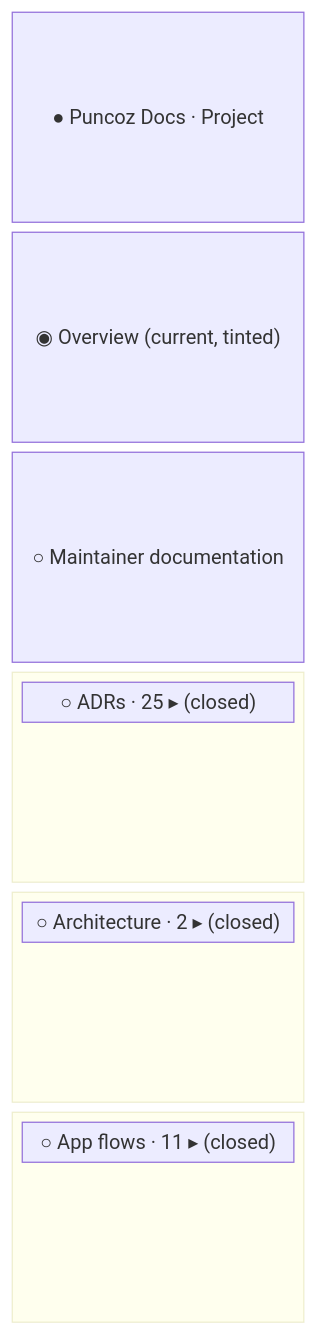
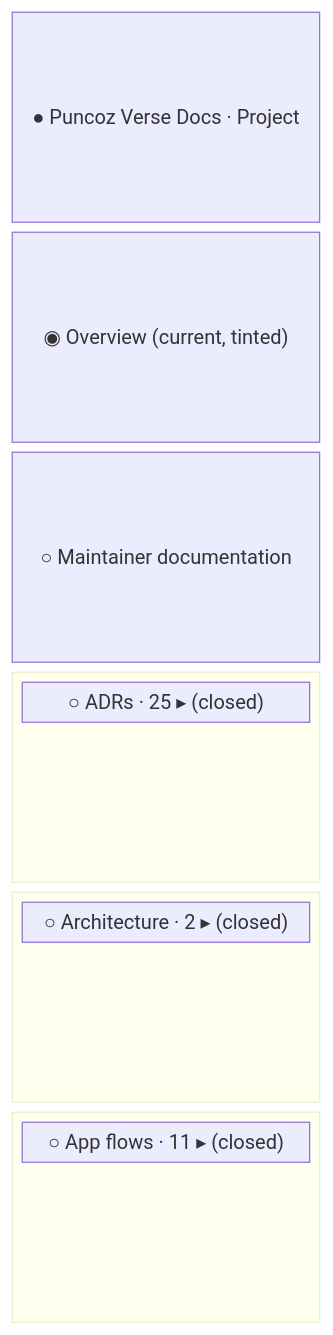
The fourth of 4 diagrams in content/docs/maintain/app-flow/overview-sidebar.mdx (nepal-dev-com/docs.nepal-dev.com), drawn with Mermaid before and after one commit. The commit also changed 85 other files, not shown here.

Commit message:
site renamed to puncoz verse

````diff
--- a/content/docs/maintain/app-flow/overview-sidebar.mdx
+++ b/content/docs/maintain/app-flow/overview-sidebar.mdx
@@ -128,19 +128,19 @@
 ```mermaid
 block-beta
   columns 4
-  chip["● Puncoz Docs · Project"]:4
+  chip["● Puncoz Verse Docs · Project"]:4
   ov["◉ Overview (current, tinted)"]:4
   p1["○ Maintainer documentation"]:4
   block:s1:4
     columns 4
     h1["○ ADRs · 25 ▸ (closed)"]:4
   end
   block:s2:4
     columns 4
     h2["○ Architecture · 2 ▸ (closed)"]:4
   end
   block:s3:4
     columns 4
     h3["○ App flows · 11 ▸ (closed)"]:4
   end
 ```
````
